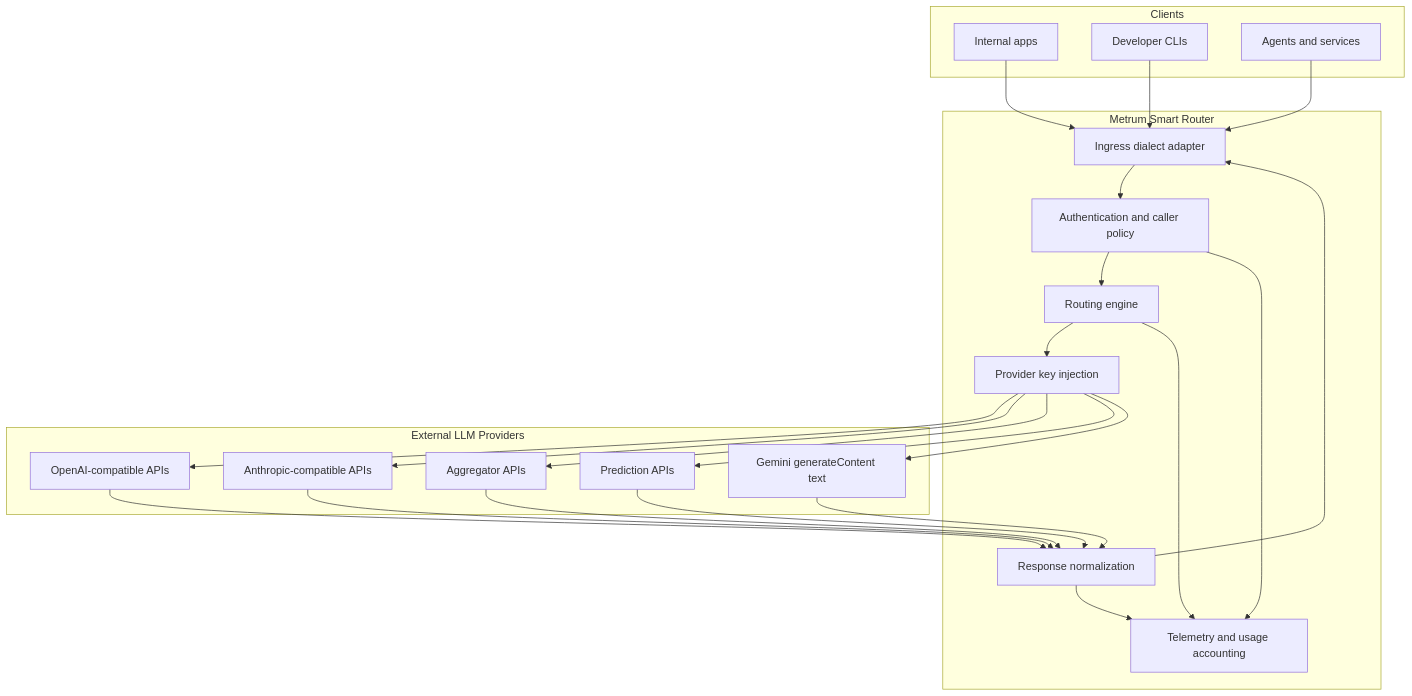
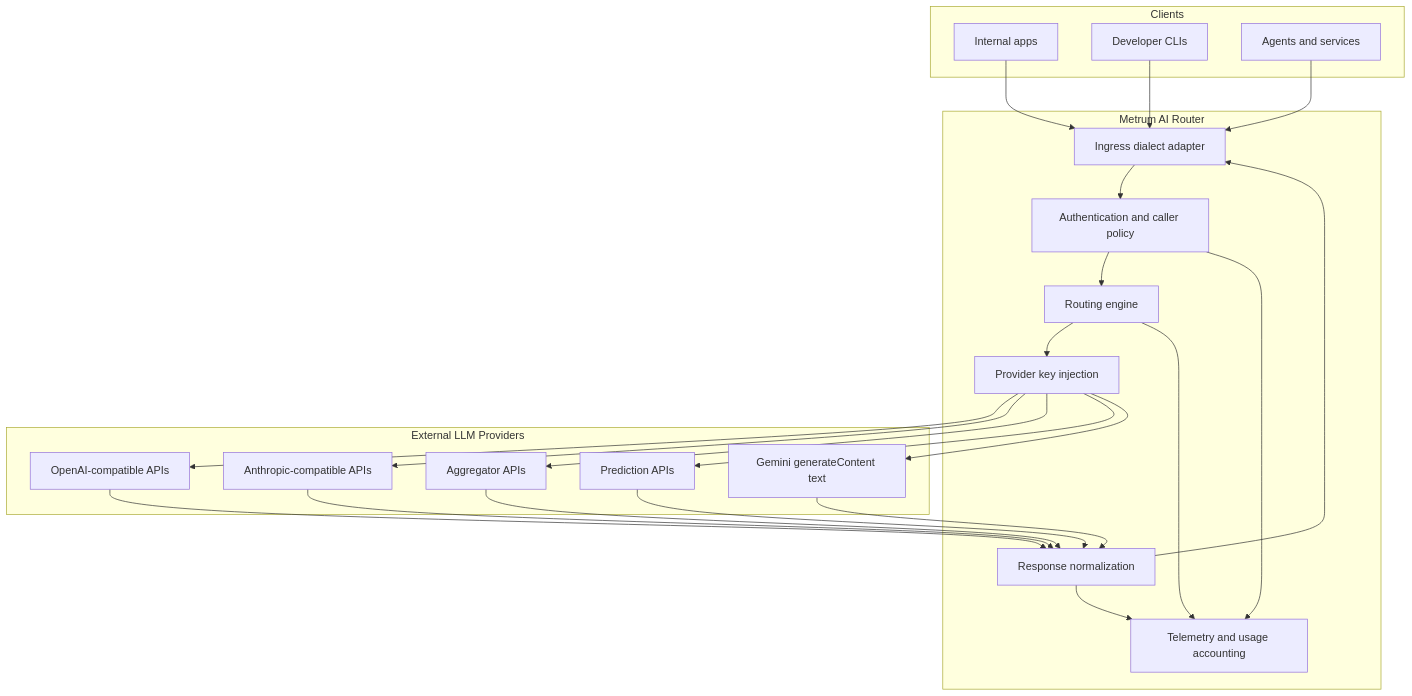
One commit to Metrum-AI-Products/genai-smart-router changed the second of 7 diagrams in docs/solution-brief.md. Above: the diagram before and after it, drawn with Mermaid. The commit also changed other lines of this file and 92 other files, not shown here.

First line of the commit message:
docs: converge product name on Metrum AI Router (#120)

````diff
--- a/docs/solution-brief.md
+++ b/docs/solution-brief.md
@@ -78,44 +78,44 @@
 ```mermaid
 flowchart TB
   subgraph Clients
     C1[Internal apps]
     C2[Developer CLIs]
     C3[Agents and services]
   end
 
-  subgraph Router[Metrum Smart Router]
+  subgraph Router[Metrum AI Router]
     I[Ingress dialect adapter]
     A[Authentication and caller policy]
     R[Routing engine]
     K[Provider key injection]
     O[Response normalization]
     T[Telemetry and usage accounting]
   end
 
   subgraph Providers[External LLM Providers]
     OA[OpenAI-compatible APIs]
     AN[Anthropic-compatible APIs]
     OR[Aggregator APIs]
     RP[Prediction APIs]
     GM[Gemini generateContent text]
   end
 
   C1 --> I
   C2 --> I
   C3 --> I
   I --> A --> R --> K
   K --> OA
   K --> AN
   K --> OR
   K --> RP
   K --> GM
   OA --> O
   AN --> O
   OR --> O
   RP --> O
   GM --> O
   O --> I
   A --> T
   R --> T
   O --> T
 ```
````
